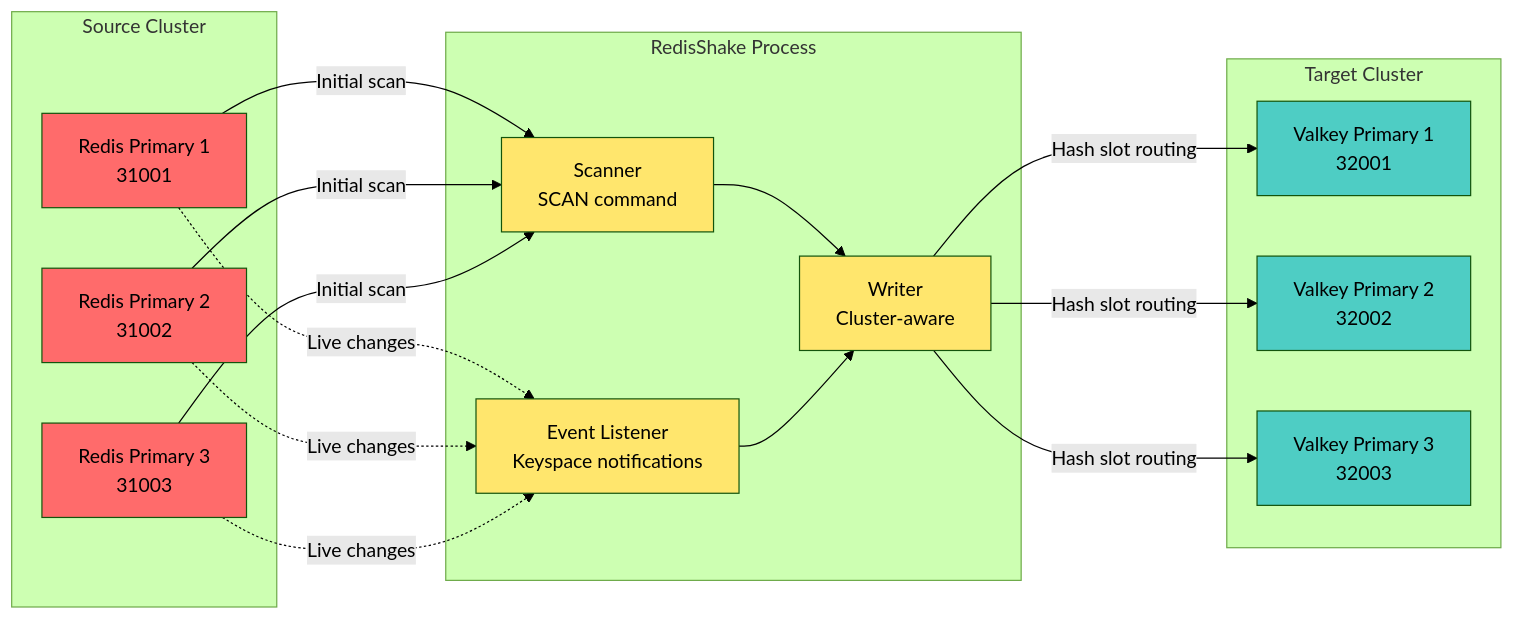
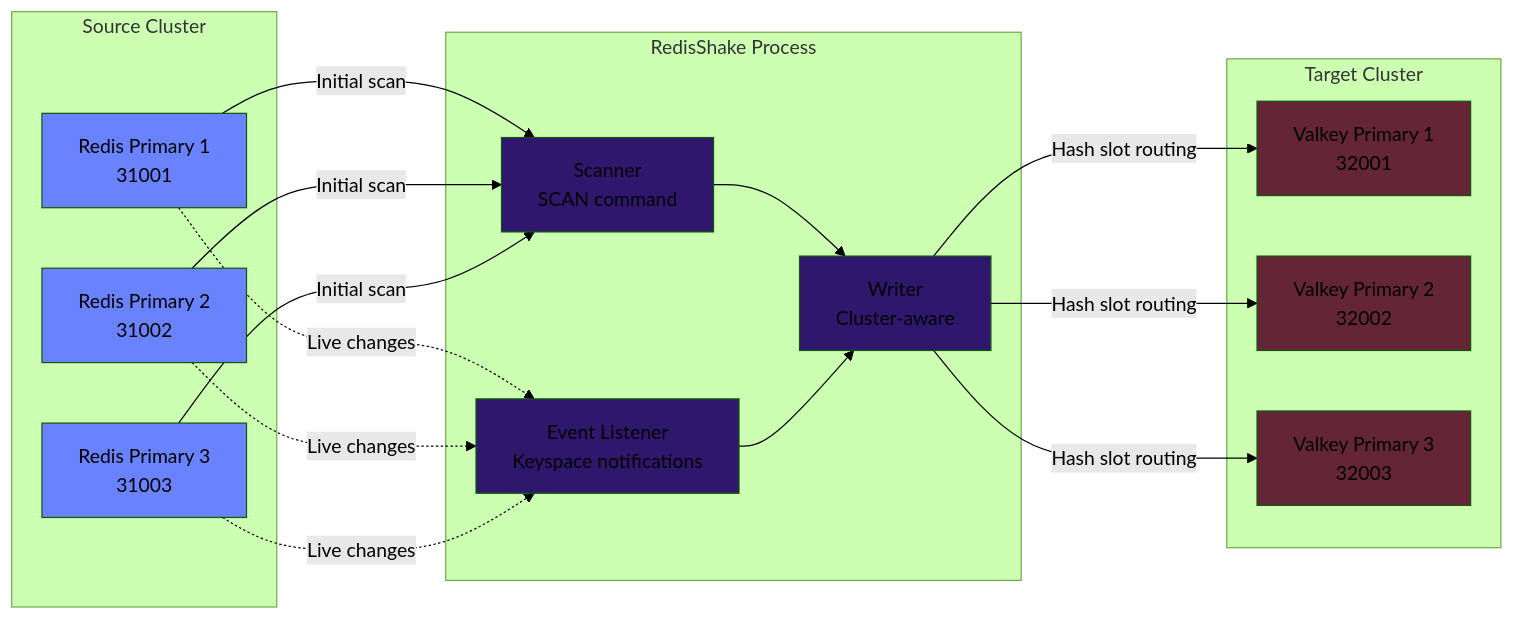
Before and after one commit to rlunar/valkey-events-demos: the third of 3 diagrams in live-migration/RedisShake/binaries/README.md, drawn with Mermaid (forest theme). The commit also changed other lines of this file, not shown here.

````diff
--- a/live-migration/RedisShake/binaries/README.md
+++ b/live-migration/RedisShake/binaries/README.md
@@ -188,47 +188,47 @@
 ```mermaid
 flowchart LR
     subgraph "Source Cluster"
         A[Redis Primary 1<br/>31001] 
         B[Redis Primary 2<br/>31002]
         C[Redis Primary 3<br/>31003]
     end
     
     subgraph "RedisShake Process"
         D[Scanner<br/>SCAN command]
         E[Event Listener<br/>Keyspace notifications]
         F[Writer<br/>Cluster-aware]
     end
     
     subgraph "Target Cluster"
         G[Valkey Primary 1<br/>32001]
         H[Valkey Primary 2<br/>32002]
         I[Valkey Primary 3<br/>32003]
     end
     
     A -->|Initial scan| D
     B -->|Initial scan| D
     C -->|Initial scan| D
     
     A -.->|Live changes| E
     B -.->|Live changes| E
     C -.->|Live changes| E
     
     D --> F
     E --> F
     
     F -->|Hash slot routing| G
     F -->|Hash slot routing| H
     F -->|Hash slot routing| I
     
-    style D fill:#ffe66d
-    style E fill:#ffe66d
-    style F fill:#ffe66d
+    style D fill:#30176E
+    style E fill:#30176E
+    style F fill:#30176E
     
-    style A fill:#ff6b6b
-    style B fill:#ff6b6b
-    style C fill:#ff6b6b
+    style A fill:#6983FF
+    style B fill:#6983FF
+    style C fill:#6983FF
     
-    style G fill:#4ecdc4
-    style H fill:#4ecdc4
-    style I fill:#4ecdc4
+    style G fill:#642637
+    style H fill:#642637
+    style I fill:#642637
 ```
````
